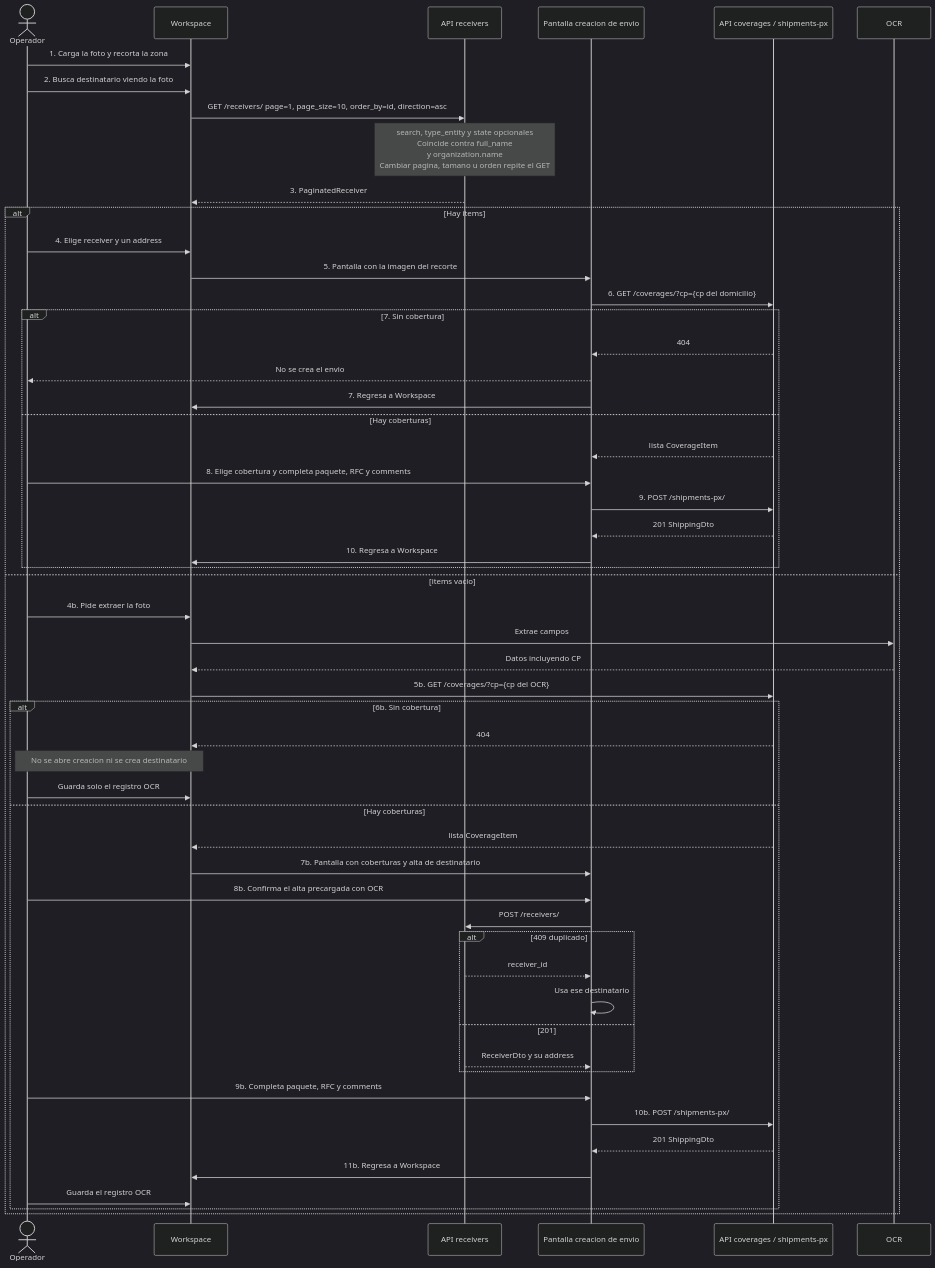
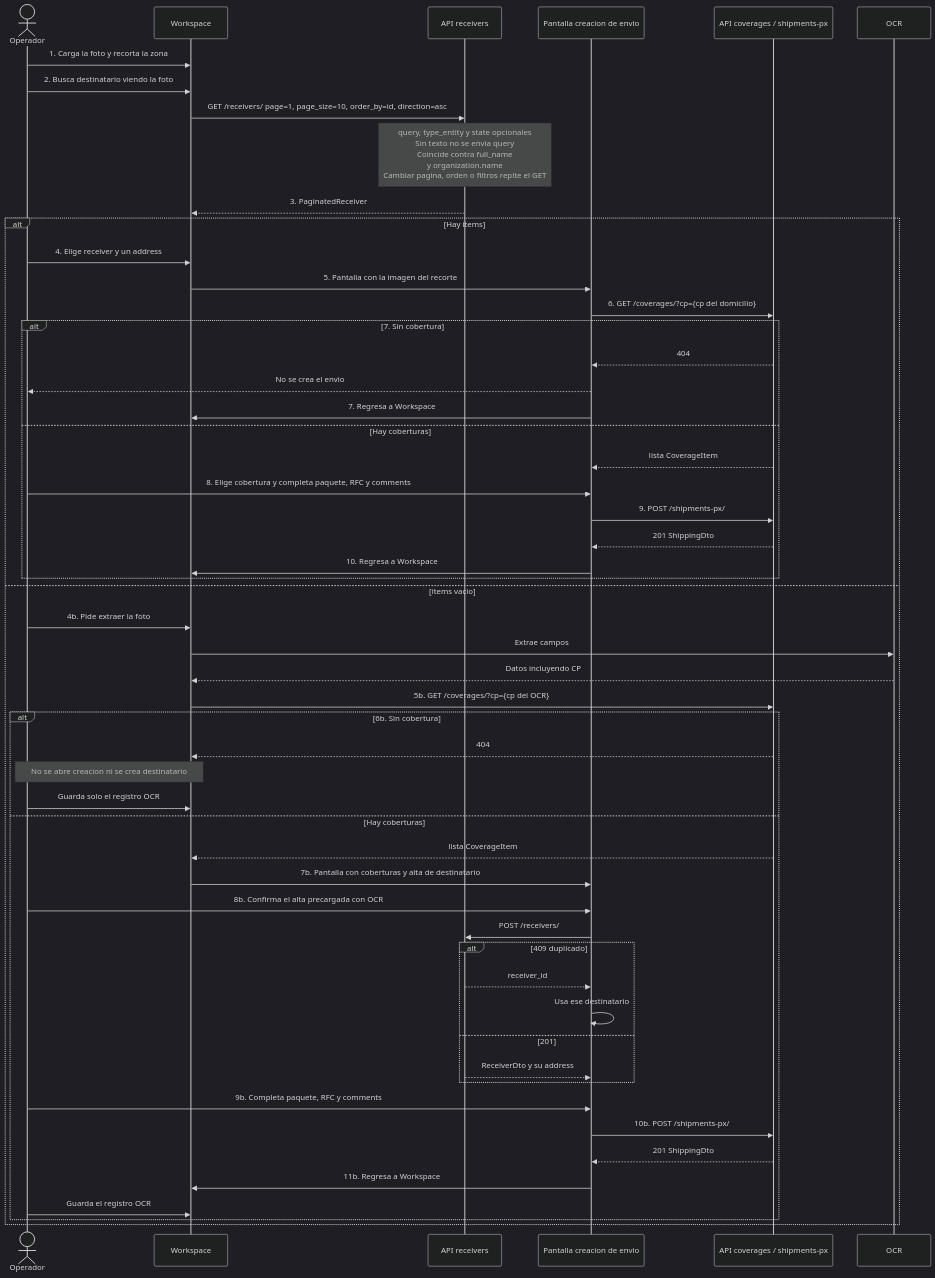
Before and after one commit to Alfredy25/ExtractorOCRImage: the second of 2 diagrams in docs/flows/flow_create_shipment_px.md, drawn with Mermaid (dark theme). The commit also changed other lines of this file and 4 other files, not shown here.

````diff
--- a/docs/flows/flow_create_shipment_px.md
+++ b/docs/flows/flow_create_shipment_px.md
@@ -123,58 +123,58 @@
 ```mermaid
 sequenceDiagram
   actor U as Operador
   participant WS as Workspace
   participant R as API receivers
   participant UI as Pantalla creacion de envio
   participant PX as API coverages / shipments-px
   participant OCR as OCR
 
   U->>WS: 1. Carga la foto y recorta la zona
   U->>WS: 2. Busca destinatario viendo la foto
   WS->>R: GET /receivers/ page=1, page_size=10, order_by=id, direction=asc
-  Note over R: search, type_entity y state opcionales<br/>Coincide contra full_name<br/>y organization.name<br/>Cambiar pagina, tamano u orden repite el GET
+  Note over R: query, type_entity y state opcionales<br/>Sin texto no se envia query<br/>Coincide contra full_name<br/>y organization.name<br/>Cambiar pagina, orden o filtros repite el GET
   R-->>WS: 3. PaginatedReceiver
 
   alt Hay items
     U->>WS: 4. Elige receiver y un address
     WS->>UI: 5. Pantalla con la imagen del recorte
     UI->>PX: 6. GET /coverages/?cp={cp del domicilio}
     alt 7. Sin cobertura
       PX-->>UI: 404
       UI-->>U: No se crea el envio
       UI->>WS: 7. Regresa a Workspace
     else Hay coberturas
       PX-->>UI: lista CoverageItem
       U->>UI: 8. Elige cobertura y completa paquete, RFC y comments
       UI->>PX: 9. POST /shipments-px/
       PX-->>UI: 201 ShippingDto
       UI->>WS: 10. Regresa a Workspace
     end
   else items vacio
     U->>WS: 4b. Pide extraer la foto
     WS->>OCR: Extrae campos
     OCR-->>WS: Datos incluyendo CP
     WS->>PX: 5b. GET /coverages/?cp={cp del OCR}
     alt 6b. Sin cobertura
       PX-->>WS: 404
       Note over U,WS: No se abre creacion ni se crea destinatario
       U->>WS: Guarda solo el registro OCR
     else Hay coberturas
       PX-->>WS: lista CoverageItem
       WS->>UI: 7b. Pantalla con coberturas y alta de destinatario
       U->>UI: 8b. Confirma el alta precargada con OCR
       UI->>R: POST /receivers/
       alt 409 duplicado
         R-->>UI: receiver_id
         UI->>UI: Usa ese destinatario
       else 201
         R-->>UI: ReceiverDto y su address
       end
       U->>UI: 9b. Completa paquete, RFC y comments
       UI->>PX: 10b. POST /shipments-px/
       PX-->>UI: 201 ShippingDto
       UI->>WS: 11b. Regresa a Workspace
       U->>WS: Guarda el registro OCR
     end
   end
 ```
````
